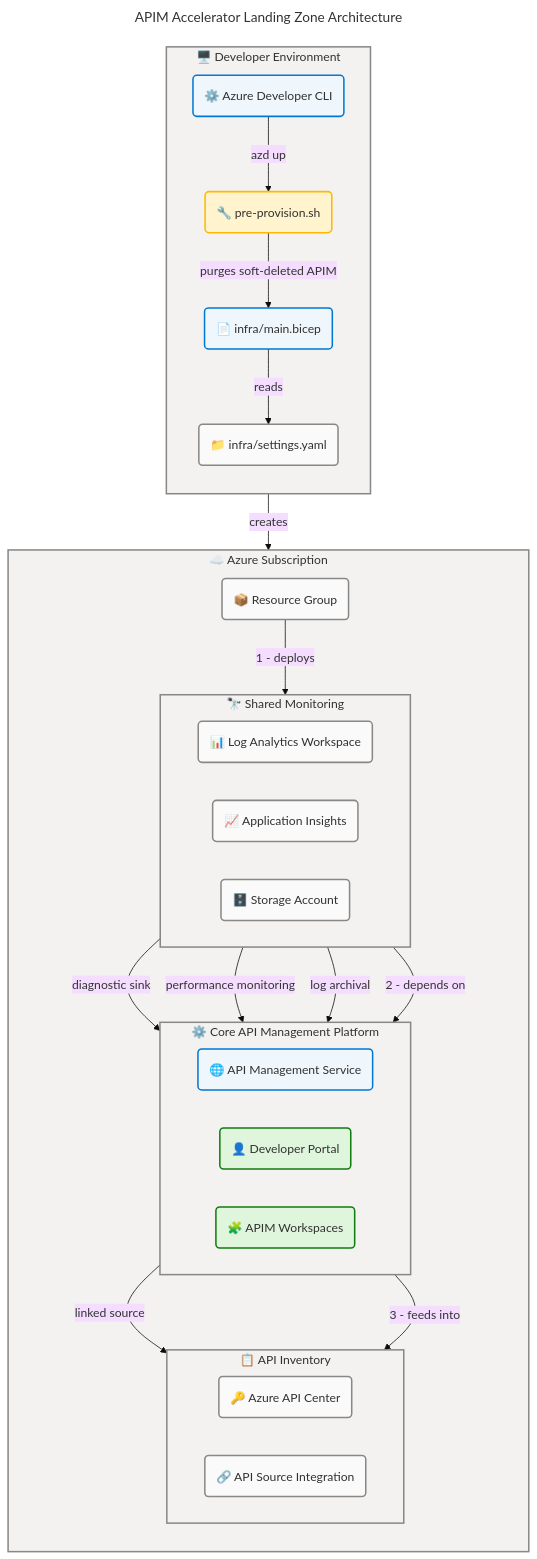
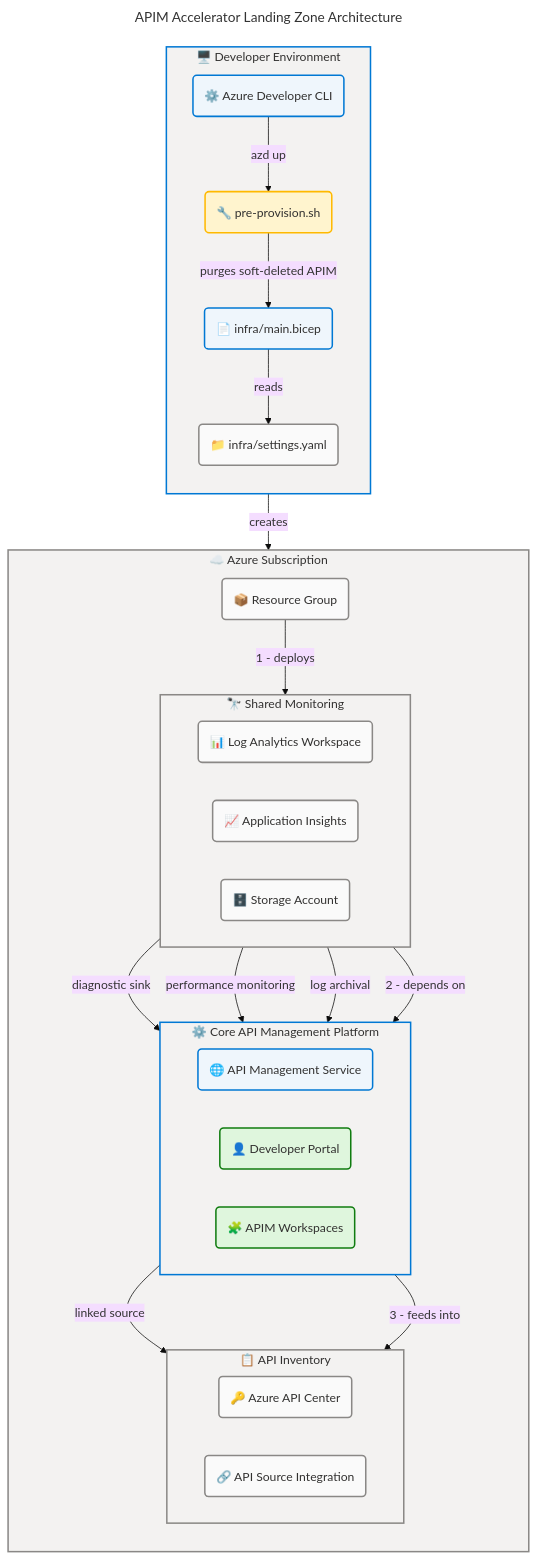
Before and after one commit to Evilazaro/APIM-Accelerator: the diagram in README.md, drawn with Mermaid. The commit also changed 3 other files, not shown here.

Commit message:
style: update flowchart colors for consistency and improved clarity across architecture documentation

```diff
--- a/README.md
+++ b/README.md
@@ -157,10 +157,10 @@
     stg -->|"log archival"| apim
     apim -->|"linked source"| apiCenter
 
-    style devEnv fill:#F3F2F1,stroke:#8A8886,stroke-width:2px,color:#323130
+    style devEnv fill:#F3F2F1,stroke:#0078D4,stroke-width:2px,color:#323130
     style azureSub fill:#F3F2F1,stroke:#8A8886,stroke-width:2px,color:#323130
     style sharedLayer fill:#F3F2F1,stroke:#8A8886,stroke-width:2px,color:#323130
-    style coreLayer fill:#F3F2F1,stroke:#8A8886,stroke-width:2px,color:#323130
+    style coreLayer fill:#F3F2F1,stroke:#0078D4,stroke-width:2px,color:#323130
     style inventoryLayer fill:#F3F2F1,stroke:#8A8886,stroke-width:2px,color:#323130
 
     %% Centralized semantic classDefs (AZURE/FLUENT v1.1 — Phase 5 compliant)
```
